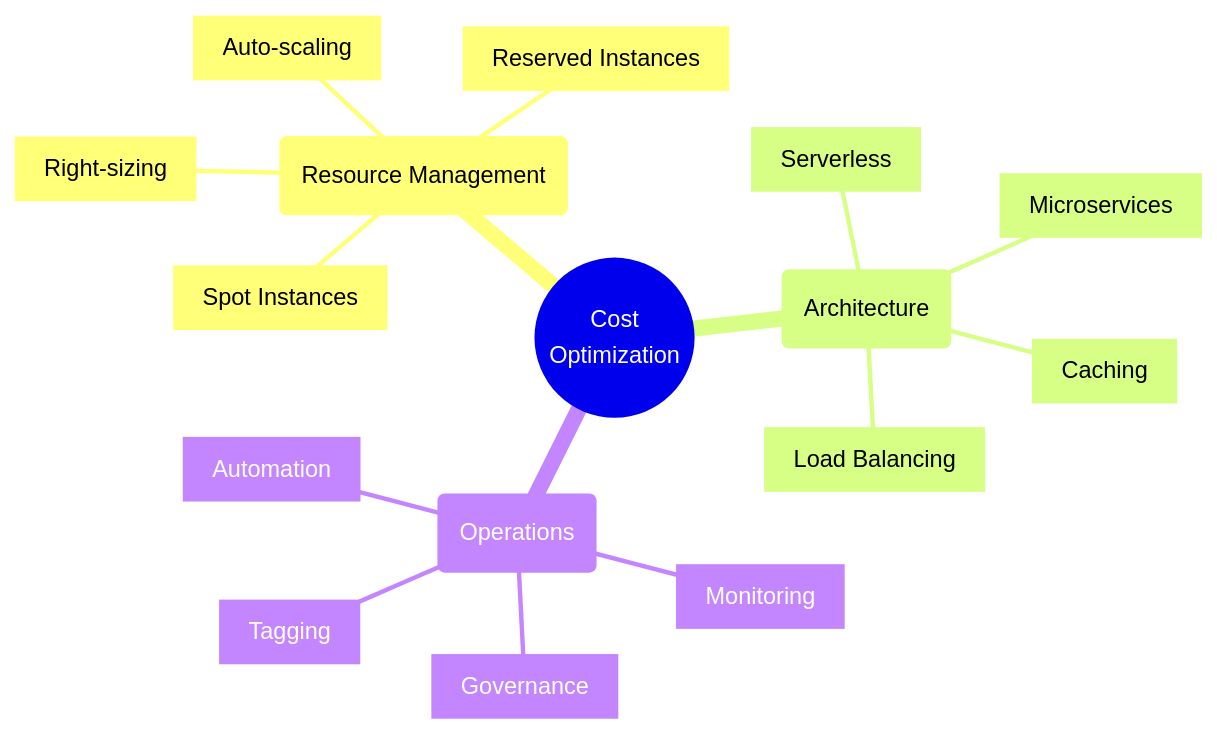
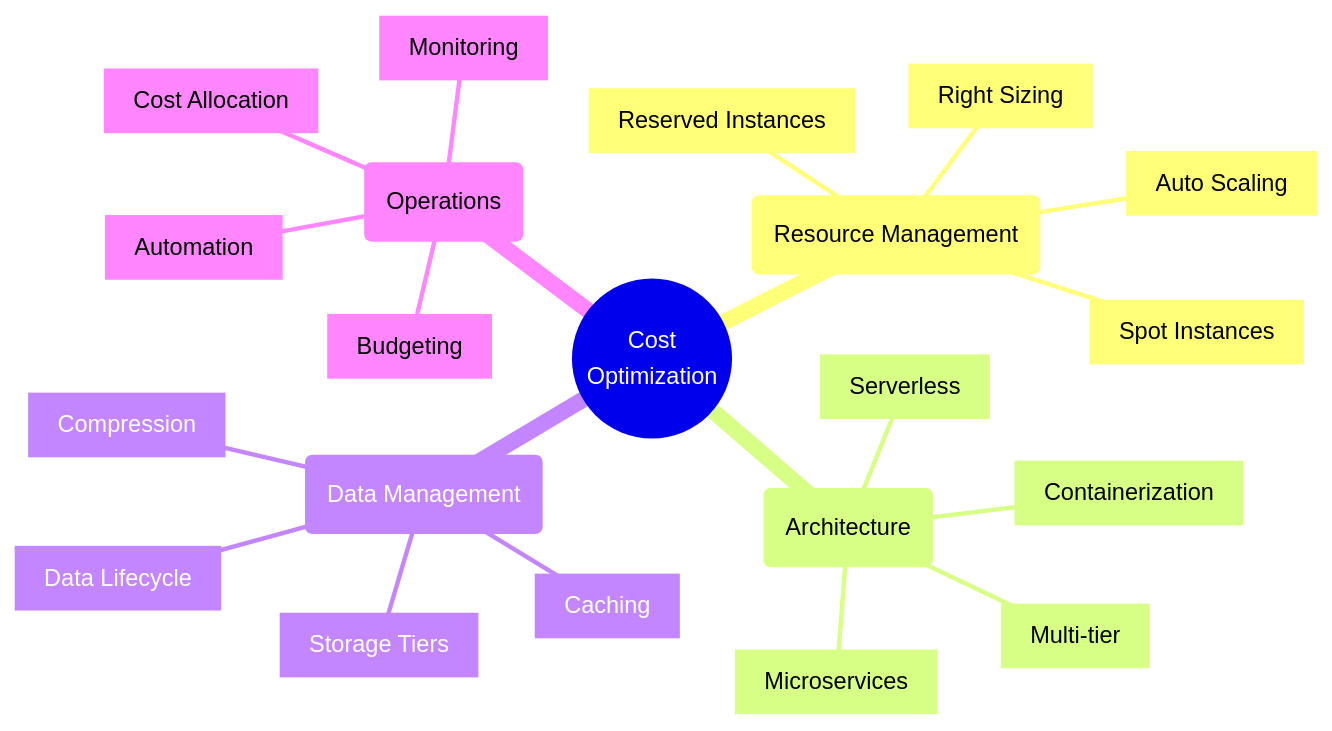
The first of 4 diagrams in src/Cost_Optimization_Strategies.md (saravanakumarrc/Architecture_Journey), drawn with Mermaid before and after one commit. The commit also changed other lines of this file and 3 other files, not shown here.

````diff
--- a/src/Cost_Optimization_Strategies.md
+++ b/src/Cost_Optimization_Strategies.md
@@ -3,20 +3,25 @@
 ```mermaid
 mindmap
     root((Cost
         Optimization))
         (Resource Management)
-            [Right-sizing]
-            [Auto-scaling]
+            [Right Sizing]
+            [Auto Scaling]
             [Reserved Instances]
             [Spot Instances]
         (Architecture)
             [Serverless]
             [Microservices]
+            [Containerization]
+            [Multi-tier]
+        (Data Management)
+            [Storage Tiers]
+            [Data Lifecycle]
             [Caching]
-            [Load Balancing]
+            [Compression]
         (Operations)
             [Monitoring]
             [Automation]
-            [Governance]
-            [Tagging]
+            [Cost Allocation]
+            [Budgeting]
 ```
````
